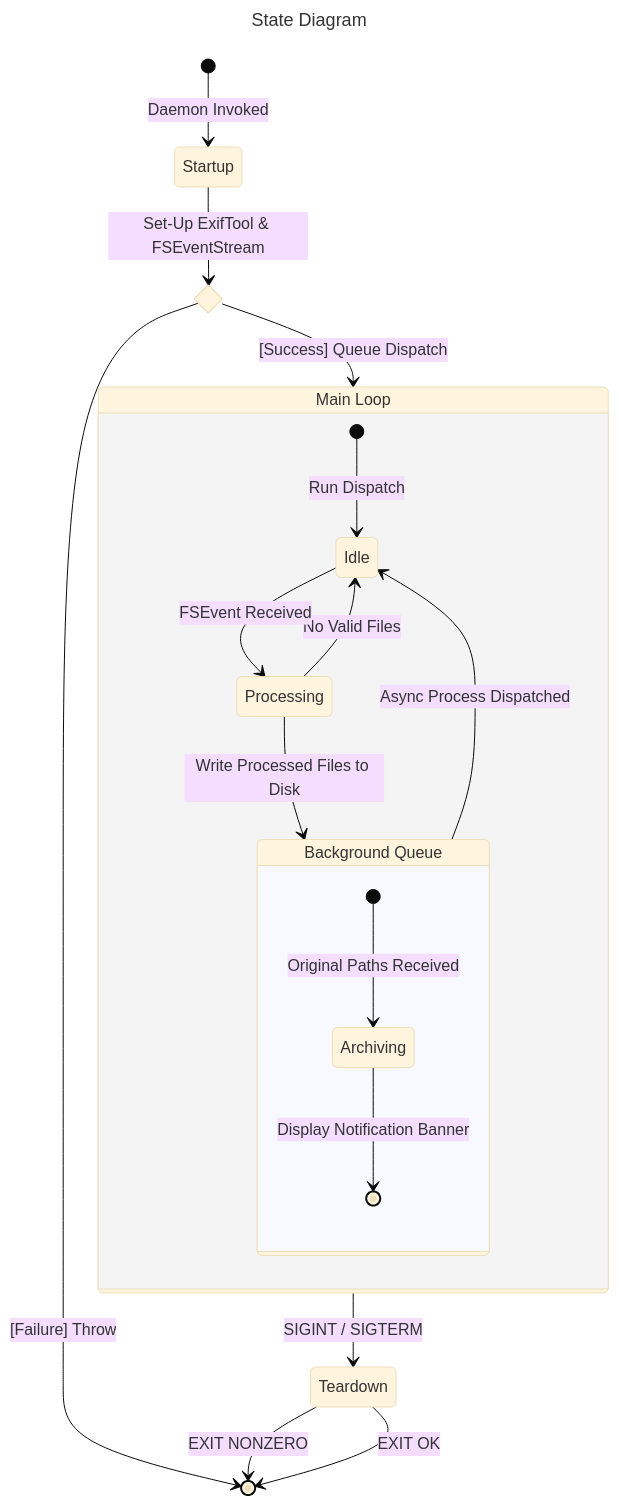
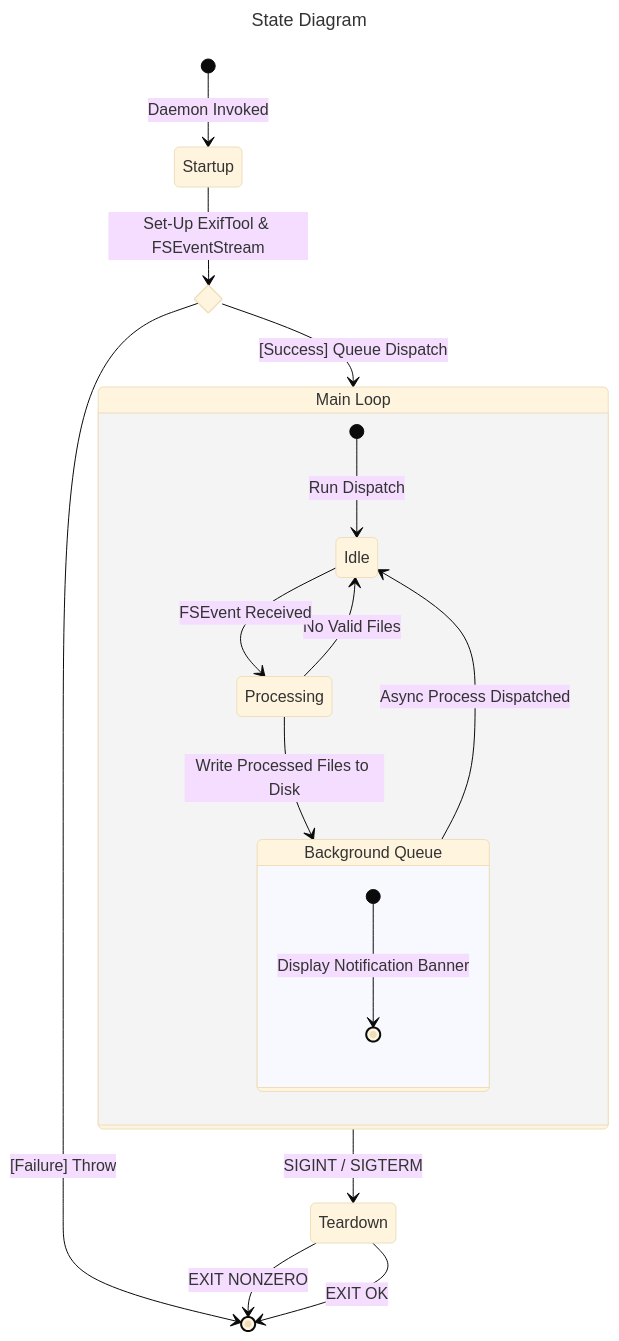
One commit to CharlesMC11/sst changed the diagram in Documentation/state-diagram.mmd. Above: the diagram before and after it, drawn with Mermaid (base theme). The commit also changed 6 other files, not shown here.

```diff
--- a/Documentation/state-diagram.mmd
+++ b/Documentation/state-diagram.mmd
@@ -1,28 +1,27 @@
 ---
 title: State Diagram
 ---
 stateDiagram-v2
   [*] --> Startup : Daemon Invoked
 
   state is_initialized <<choice>>
   Startup --> is_initialized : Set-Up ExifTool & FSEventStream
   is_initialized --> [*] : [Failure] Throw
   is_initialized --> Loop : [Success] Queue Dispatch
 
   state "Main Loop" as Loop {
     [*] --> Idle : Run Dispatch
     Processing --> Idle : No Valid Files
     Idle --> Processing : FSEvent Received
 
     Processing --> Async : Write Processed Files to Disk
     Async --> Idle : Async Process Dispatched
 
     state "Background Queue" as Async {
-      [*] --> Archiving : Original Paths Received
-      Archiving --> [*] : Display Notification Banner
+      [*] --> [*] : Display Notification Banner
     }
   }
 
   Loop --> Teardown : SIGINT / SIGTERM
   Teardown --> [*] : EXIT NONZERO
   Teardown --> [*] : EXIT OK
```
